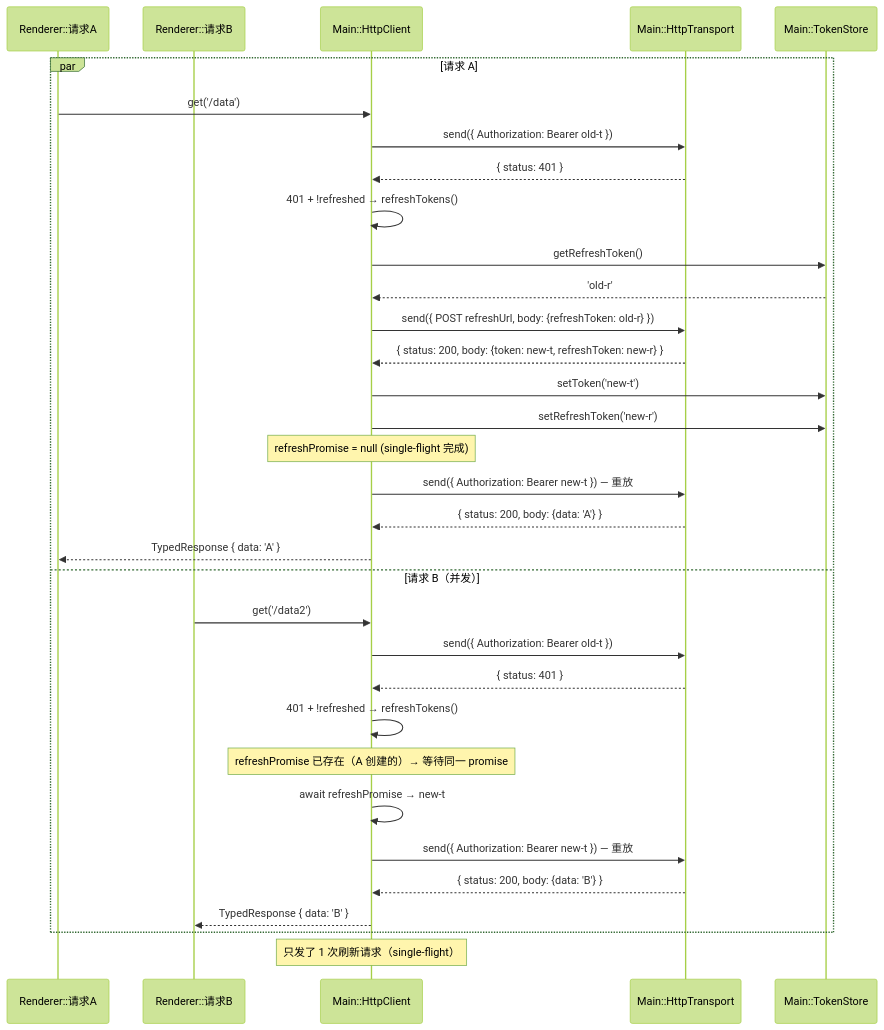
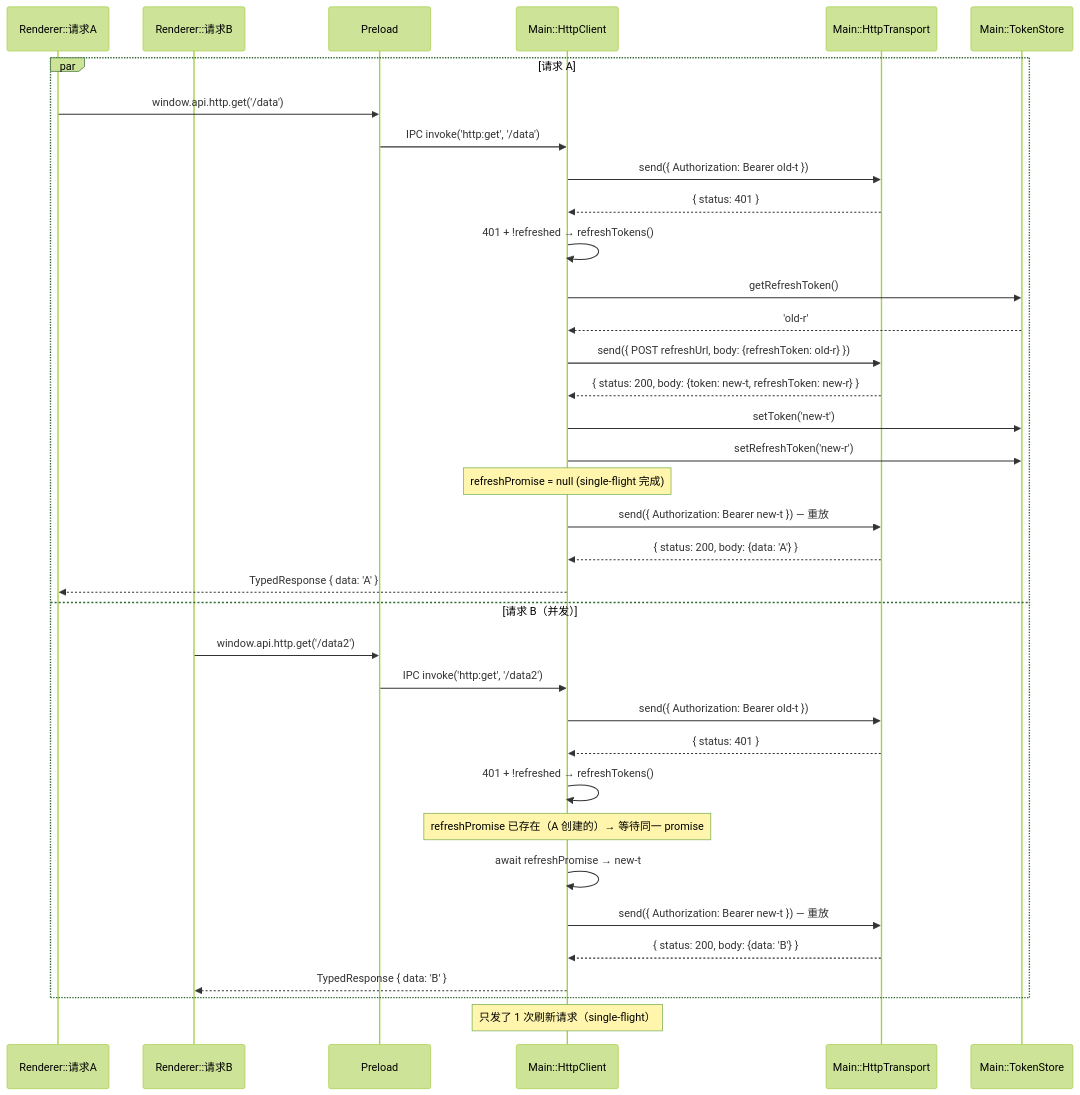
Before and after one commit to lupnfer/vue_with_csdk: diagram 11 of 13 in docs/architecture-diagrams.md, drawn with Mermaid (forest theme). The commit also changed other lines of this file, not shown here.

First line of the commit message:
fix(docs): 所有时序图统一加 Preload 层

````diff
--- a/docs/architecture-diagrams.md
+++ b/docs/architecture-diagrams.md
@@ -548,37 +565,40 @@
 ```mermaid
 sequenceDiagram
     participant R1 as Renderer::请求A
     participant R2 as Renderer::请求B
+    participant P as Preload
     participant H as Main::HttpClient
     participant T as Main::HttpTransport
     participant TS as Main::TokenStore
 
     par 请求 A
-        R1->>H: get('/data')
+        R1->>P: window.api.http.get('/data')
+        P->>H: IPC invoke('http:get', '/data')
         H->>T: send({ Authorization: Bearer old-t })
         T-->>H: { status: 401 }
         H->>H: 401 + !refreshed → refreshTokens()
         H->>TS: getRefreshToken()
         TS-->>H: 'old-r'
         H->>T: send({ POST refreshUrl, body: {refreshToken: old-r} })
         T-->>H: { status: 200, body: {token: new-t, refreshToken: new-r} }
         H->>TS: setToken('new-t')
         H->>TS: setRefreshToken('new-r')
         Note over H: refreshPromise = null (single-flight 完成)
         H->>T: send({ Authorization: Bearer new-t }) — 重放
         T-->>H: { status: 200, body: {data: 'A'} }
         H-->>R1: TypedResponse { data: 'A' }
     and 请求 B（并发）
-        R2->>H: get('/data2')
+        R2->>P: window.api.http.get('/data2')
+        P->>H: IPC invoke('http:get', '/data2')
         H->>T: send({ Authorization: Bearer old-t })
         T-->>H: { status: 401 }
         H->>H: 401 + !refreshed → refreshTokens()
         Note over H: refreshPromise 已存在（A 创建的）→ 等待同一 promise
         H->>H: await refreshPromise → new-t
         H->>T: send({ Authorization: Bearer new-t }) — 重放
         T-->>H: { status: 200, body: {data: 'B'} }
         H-->>R2: TypedResponse { data: 'B' }
     end
 
     Note over H: 只发了 1 次刷新请求（single-flight）
 ```
````
